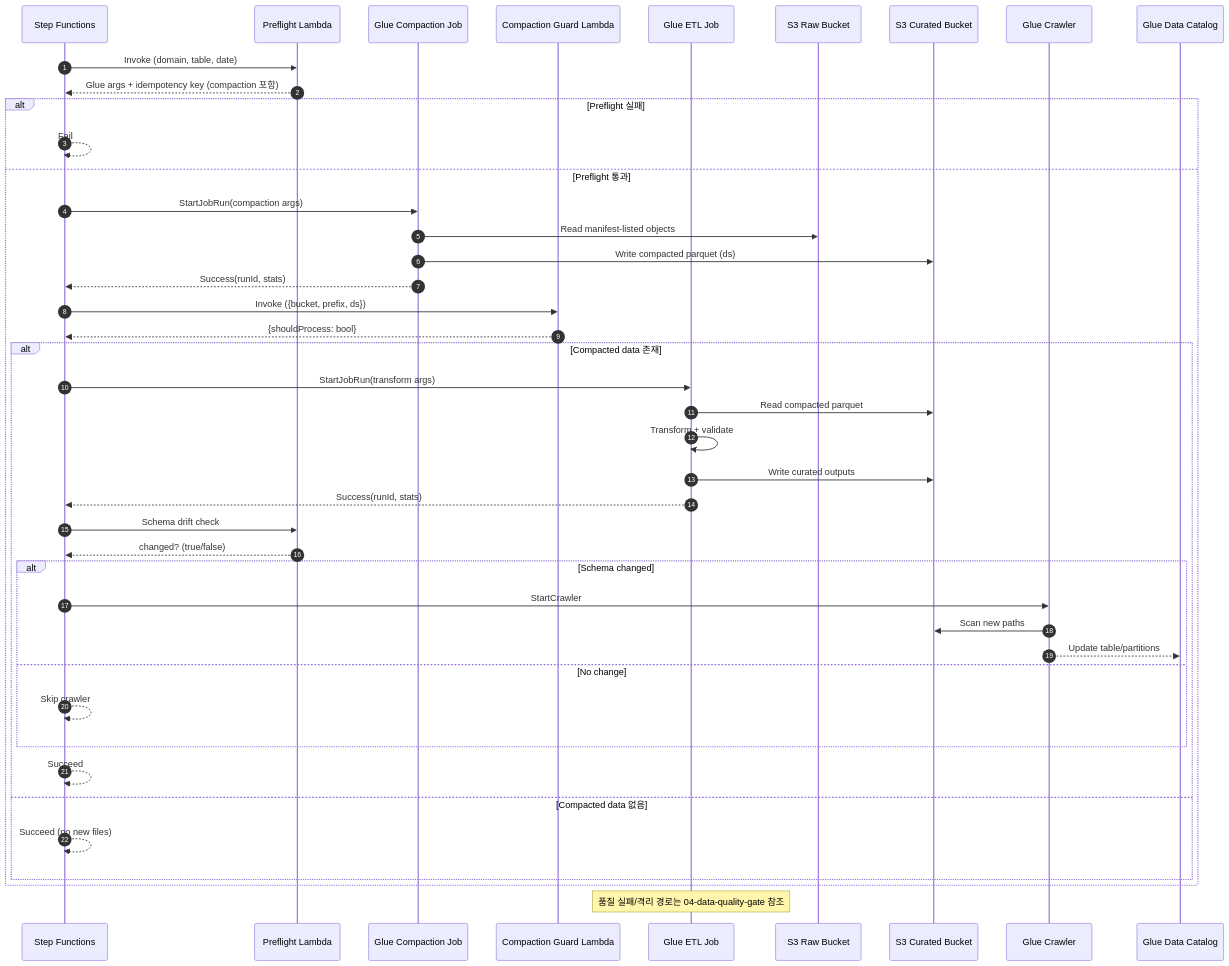
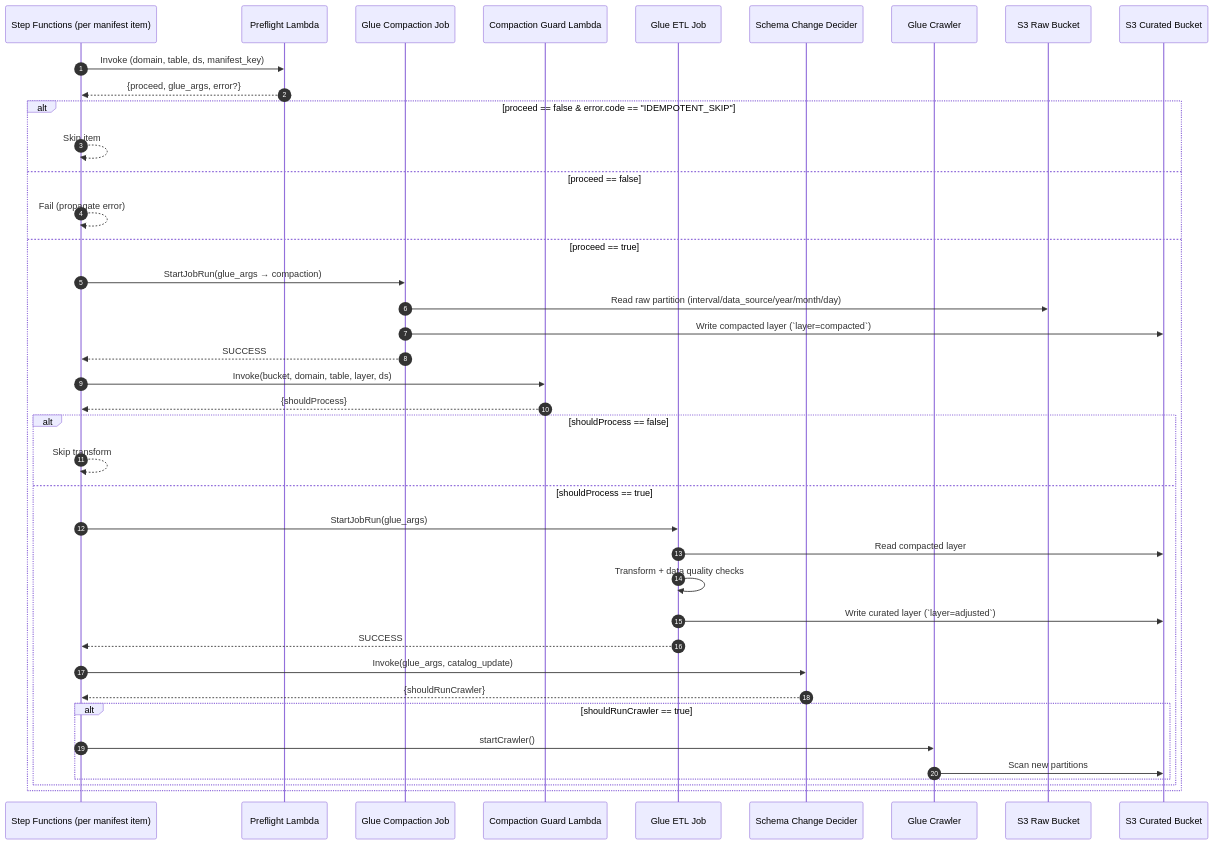
The diagram in docs/diagrams/transform/03-sequence.md (keemgdeok/fin-forge-pipeline), drawn with Mermaid before and after one commit. The commit also changed 35 other files, not shown here.

Commit message:
docs: refresh diagrams

````diff
--- a/docs/diagrams/transform/03-sequence.md
+++ b/docs/diagrams/transform/03-sequence.md
@@ -1,48 +1,43 @@
 ```mermaid
 sequenceDiagram
   autonumber
-  participant SF as Step Functions
+  participant SF as Step Functions (per manifest item)
   participant PRE as Preflight Lambda
   participant COMP as Glue Compaction Job
   participant GUARD as Compaction Guard Lambda
-  participant GLUE as Glue ETL Job
+  participant ETL as Glue ETL Job
+  participant DEC as Schema Change Decider
+  participant CR as Glue Crawler
   participant RAW as S3 Raw Bucket
   participant CUR as S3 Curated Bucket
-  participant CR as Glue Crawler
-  participant CAT as Glue Data Catalog
-  
 
-  SF->>PRE: Invoke (domain, table, date)
-  PRE-->>SF: Glue args + idempotency key (compaction 포함)
-  alt Preflight 실패
-    SF-->>SF: Fail
-  else Preflight 통과
-    SF->>COMP: StartJobRun(compaction args)
-    COMP->>RAW: Read manifest-listed objects
-    COMP->>CUR: Write compacted parquet (ds)
-    COMP-->>SF: Success(runId, stats)
-    SF->>GUARD: Invoke ({bucket, prefix, ds})
-    GUARD-->>SF: {shouldProcess: bool}
-    alt Compacted data 존재
-      SF->>GLUE: StartJobRun(transform args)
-      GLUE->>CUR: Read compacted parquet
-      GLUE->>GLUE: Transform + validate
-      GLUE->>CUR: Write curated outputs
-      GLUE-->>SF: Success(runId, stats)
-      SF->>PRE: Schema drift check
-      PRE-->>SF: changed? (true/false)
-      alt Schema changed
-        SF->>CR: StartCrawler
-        CR->>CUR: Scan new paths
-        CR-->>CAT: Update table/partitions
-      else No change
-        SF-->>SF: Skip crawler
+  SF->>PRE: Invoke (domain, table, ds, manifest_key)
+  PRE-->>SF: {proceed, glue_args, error?}
+  alt proceed == false & error.code == "IDEMPOTENT_SKIP"
+    SF-->>SF: Skip item
+  else proceed == false
+    SF-->>SF: Fail (propagate error)
+  else proceed == true
+    SF->>COMP: StartJobRun(glue_args → compaction)
+    COMP->>RAW: Read raw partition (interval/data_source/year/month/day)
+    COMP->>CUR: Write compacted layer (`layer=compacted`)
+    COMP-->>SF: SUCCESS
+    SF->>GUARD: Invoke(bucket, domain, table, layer, ds)
+    GUARD-->>SF: {shouldProcess}
+    alt shouldProcess == false
+      SF-->>SF: Skip transform
+    else shouldProcess == true
+      SF->>ETL: StartJobRun(glue_args)
+      ETL->>CUR: Read compacted layer
+      ETL->>ETL: Transform + data quality checks
+      ETL->>CUR: Write curated layer (`layer=adjusted`)
+      ETL-->>SF: SUCCESS
+      SF->>DEC: Invoke(glue_args, catalog_update)
+      DEC-->>SF: {shouldRunCrawler}
+      alt shouldRunCrawler == true
+        SF->>CR: startCrawler()
+        CR->>CUR: Scan new partitions
       end
-      SF-->>SF: Succeed
-    else Compacted data 없음
-      SF-->>SF: Succeed (no new files)
     end
   end
-
-  Note over GLUE: 품질 실패/격리 경로는 04-data-quality-gate 참조
 ```
````
